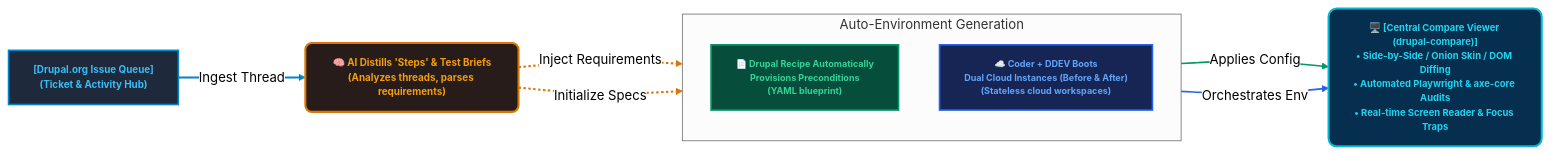
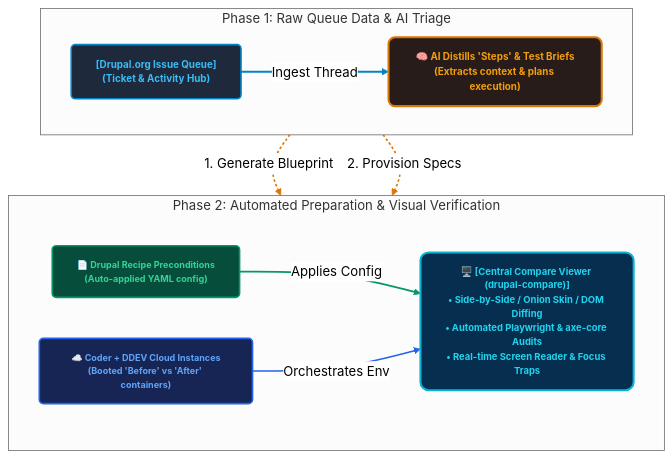
One commit to mgifford/mermaid-graphs changed the second of 2 diagrams in Drupal-issue-queue.md. Above: the diagram before and after it, drawn with Mermaid (neutral theme). The commit also changed other lines of this file, not shown here.

````diff
--- a/Drupal-issue-queue.md
+++ b/Drupal-issue-queue.md
@@ -62,40 +60,50 @@
 ```mermaid
-flowchart LR
+flowchart TD
     %% Define Global Styles
-    classDef originBox fill:#1e293b,stroke:#0284c7,stroke-width:2px,color:#38bdf8,font-size:12px,font-weight:bold;
+    classDef originBox fill:#1e293b,stroke:#0284c7,stroke-width:2px,color:#38bdf8,font-size:12px,font-weight:bold,rx:5px,ry:5px;
     classDef aiBox fill:#271c19,stroke:#d97706,stroke-width:2.5px,color:#f59e0b,font-size:12px,font-weight:bold,rx:8px,ry:8px;
-    classDef recipeBox fill:#064e3b,stroke:#059669,stroke-width:2px,color:#34d399,font-size:11px,font-weight:bold;
-    classDef envBox fill:#172554,stroke:#2563eb,stroke-width:2px,color:#60a5fa,font-size:11px,font-weight:bold;
+    classDef recipeBox fill:#064e3b,stroke:#059669,stroke-width:2px,color:#34d399,font-size:11px,font-weight:bold,rx:5px,ry:5px;
+    classDef envBox fill:#172554,stroke:#2563eb,stroke-width:2px,color:#60a5fa,font-size:11px,font-weight:bold,rx:5px,ry:5px;
     classDef targetBox fill:#062f4f,stroke:#06b6d4,stroke-width:2.5px,color:#22d3ee,font-size:11.5px,font-weight:bold,rx:10px,ry:10px;
 
-    %% Define Flow Elements
-    StartNode["[Drupal.org Issue Queue]<br/>(Ticket & Activity Hub)"]:::originBox
-    
-    AINode["🧠 AI Distills 'Steps' & Test Briefs<br/>(Analyzes threads, parses requirements)"]:::aiBox
-    
-    subgraph Provisioning [Auto-Environment Generation]
-        direction TB
-        RecipeNode["📄 Drupal Recipe Automatically<br/>Provisions Preconditions<br/>(YAML blueprint)"]:::recipeBox
-        ContainerNode["☁️ Coder + DDEV Boots<br/>Dual Cloud Instances (Before & After)<br/>(Stateless cloud workspaces)"]:::envBox
-    end
+    %% Row 1 Elements: Inputs & Intelligence 
+    QueueNode["[Drupal.org Issue Queue]<br/>(Ticket & Activity Hub)"]:::originBox
+    AINode["🧠 AI Distills 'Steps' & Test Briefs<br/>(Extracts context & plans execution)"]:::aiBox
 
+    %% Row 2 Elements: Tasks & Final Viewer
+    RecipeNode["📄 Drupal Recipe Preconditions<br/>(Auto-applied YAML config)"]:::recipeBox
+    ContainerNode["☁️ Coder + DDEV Cloud Instances<br/>(Booted 'Before' vs 'After' containers)"]:::envBox
     ViewerNode["🖥️ [Central Compare Viewer (drupal-compare)]<br/>• Side-by-Side / Onion Skin / DOM Diffing<br/>• Automated Playwright & axe-core Audits<br/>• Real-time Screen Reader & Focus Traps"]:::targetBox
 
-    %% Left-to-Right Connections
-    StartNode -->|Ingest Thread| AINode
-    
-    %% AI leading to the auto-generated environments
-    AINode -->|Inject Requirements| RecipeNode
-    AINode -->|Initialize Specs| ContainerNode
-    
-    %% Consolidating into the viewer interface on the right
+    %% Row 1 connections
+    QueueNode -->|Ingest Thread| AINode
+
+    %% Vertical down-connections directly from the processing row (Row 1)
+    AINode -->|1. Generate Blueprint| RecipeNode
+    AINode -->|2. Provision Specs| ContainerNode
+
+    %% Concluding connections merging into Viewer in Row 2
     RecipeNode -->|Applies Config| ViewerNode
     ContainerNode -->|Orchestrates Env| ViewerNode
 
-    %% Connecting styling adjustments
+    %% Enforced dual-row stacking grouping 
+    subgraph InputRow [Phase 1: Raw Queue Data & AI Triage]
+        direction LR
+        QueueNode
+        AINode
+    end
+
+    subgraph ExecutionRow [Phase 2: Automated Preparation & Visual Verification]
+        direction LR
+        RecipeNode
+        ContainerNode
+        ViewerNode
+    end
+
+    %% Apply visual styling pathways
     linkStyle 0 stroke:#0284c7,stroke-width:2.5px;
-    linkStyle 1 stroke:#d97706,stroke-width:2.5px,stroke-dasharray:3 3;
-    linkStyle 2 stroke:#d97706,stroke-width:2.5px,stroke-dasharray:3 3;
+    linkStyle 1 stroke:#d97706,stroke-width:2px,stroke-dasharray:3 3;
+    linkStyle 2 stroke:#d97706,stroke-width:2px,stroke-dasharray:3 3;
     linkStyle 3 stroke:#059669,stroke-width:2px;
     linkStyle 4 stroke:#2563eb,stroke-width:2px;
 ```
````
